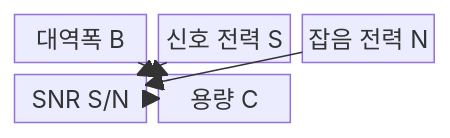
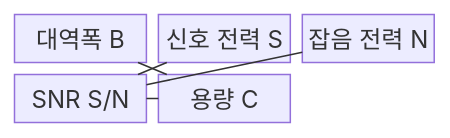
Before and after one commit to agnusdei1207/knowledge-base: the first of 2 diagrams in src/content/docs/notes/04-network/065_shannon_channel_capacity.md, drawn with Mermaid. The commit also changed other lines of this file and 493 other files, not shown here.

````diff
--- a/src/content/docs/notes/04-network/065_shannon_channel_capacity.md
+++ b/src/content/docs/notes/04-network/065_shannon_channel_capacity.md
@@ -68,13 +68,13 @@
 ```mermaid
 block-beta
     columns 3
     A["대역폭 B"]
     B["신호 전력 S"]
     C["잡음 전력 N"]
     D["SNR S/N"]
     E["용량 C"]
-    B --> D
-    C --> D
-    A --> E
-    D --> E
+    B --- D
+    C --- D
+    A --- E
+    D --- E
 ```
````
